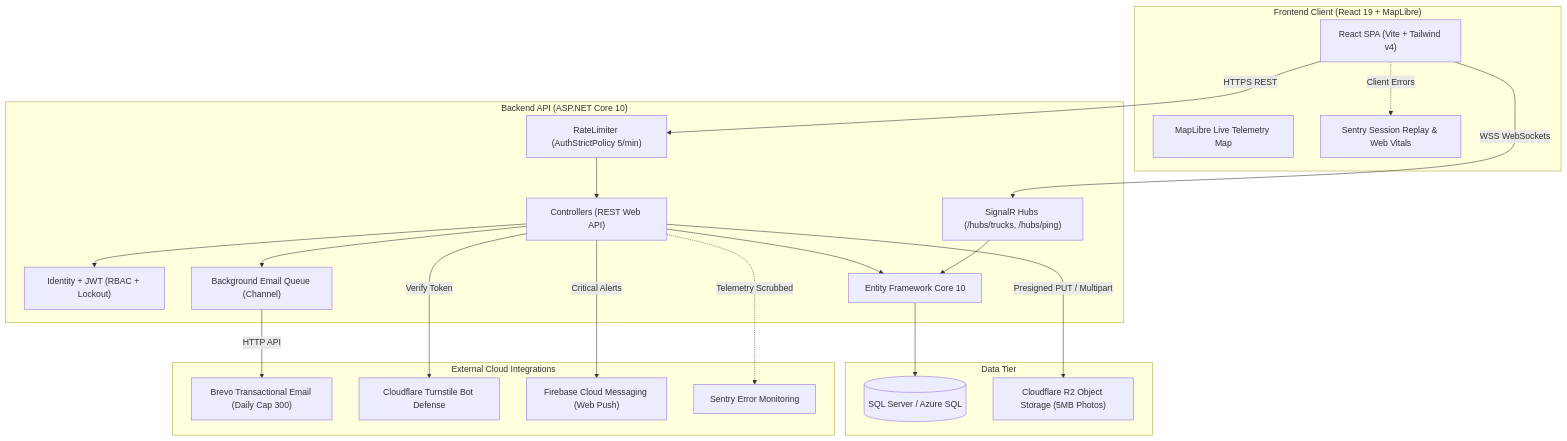
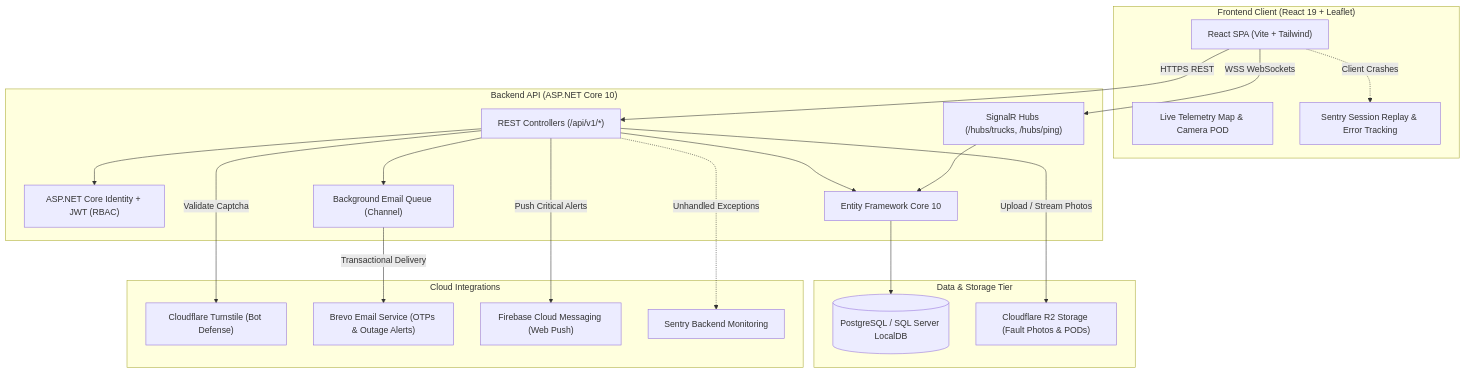
Before and after one commit to Sisekelo-Masombuka/AqueBophelo: the diagram in README.md, drawn with Mermaid. The commit also changed other lines of this file and 565 other files, not shown here.

````diff
--- a/README.md
+++ b/README.md
@@ -140,44 +156,42 @@
 ```mermaid
 flowchart TD
-    subgraph Client["Frontend Client (React 19 + MapLibre)"]
-        SPA["React SPA (Vite + Tailwind v4)"]
-        Map["MapLibre Live Telemetry Map"]
-        SentryFE["Sentry Session Replay & Web Vitals"]
+    subgraph Client["Frontend Client (React 19 + Leaflet)"]
+        SPA["React SPA (Vite + Tailwind)"]
+        Map["Live Telemetry Map & Camera POD"]
+        SentryFE["Sentry Session Replay & Error Tracking"]
     end
 
     subgraph Backend["Backend API (ASP.NET Core 10)"]
-        API["Controllers (REST Web API)"]
+        API["REST Controllers (/api/v1/*)"]
         SignalR["SignalR Hubs (/hubs/trucks, /hubs/ping)"]
-        Auth["Identity + JWT (RBAC + Lockout)"]
-        RateLimit["RateLimiter (AuthStrictPolicy 5/min)"]
+        Auth["ASP.NET Core Identity + JWT (RBAC)"]
         Queue["Background Email Queue (Channel<T>)"]
         EF["Entity Framework Core 10"]
     end
 
-    subgraph Storage["Data Tier"]
-        DB[("SQL Server / Azure SQL")]
-        R2["Cloudflare R2 Object Storage (5MB Photos)"]
+    subgraph Storage["Data & Storage Tier"]
+        DB[("PostgreSQL / SQL Server LocalDB")]
+        R2["Cloudflare R2 Storage (Fault Photos & PODs)"]
     end
 
-    subgraph External["External Cloud Integrations"]
-        Brevo["Brevo Transactional Email (Daily Cap 300)"]
-        Turnstile["Cloudflare Turnstile Bot Defense"]
+    subgraph External["Cloud Integrations"]
+        Turnstile["Cloudflare Turnstile (Bot Defense)"]
+        Brevo["Brevo Email Service (OTPs & Outage Alerts)"]
         FCM["Firebase Cloud Messaging (Web Push)"]
-        SentryBE["Sentry Error Monitoring"]
+        SentryBE["Sentry Backend Monitoring"]
     end
 
-    SPA -->|HTTPS REST| RateLimit
-    RateLimit --> API
+    SPA -->|HTTPS REST| API
     SPA -->|WSS WebSockets| SignalR
     API --> Auth
     API --> EF
     SignalR --> EF
     EF --> DB
-    API -->|Presigned PUT / Multipart| R2
+    API -->|Upload / Stream Photos| R2
     API --> Queue
-    Queue -->|HTTP API| Brevo
-    API -->|Verify Token| Turnstile
-    API -->|Critical Alerts| FCM
-    API -.->|Telemetry Scrubbed| SentryBE
-    SPA -.->|Client Errors| SentryFE
+    Queue -->|Transactional Delivery| Brevo
+    API -->|Validate Captcha| Turnstile
+    API -->|Push Critical Alerts| FCM
+    API -.->|Unhandled Exceptions| SentryBE
+    SPA -.->|Client Crashes| SentryFE
 ```
````
